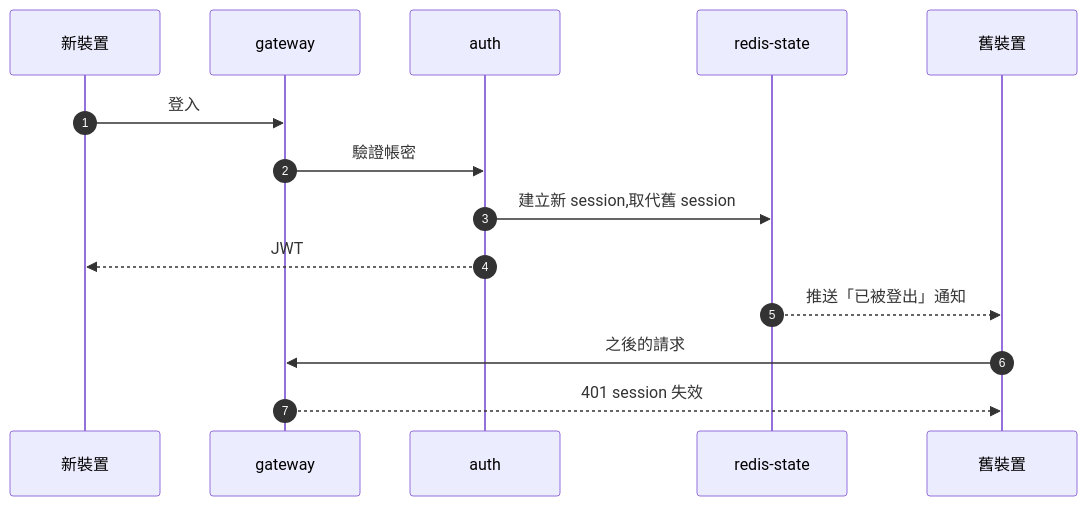
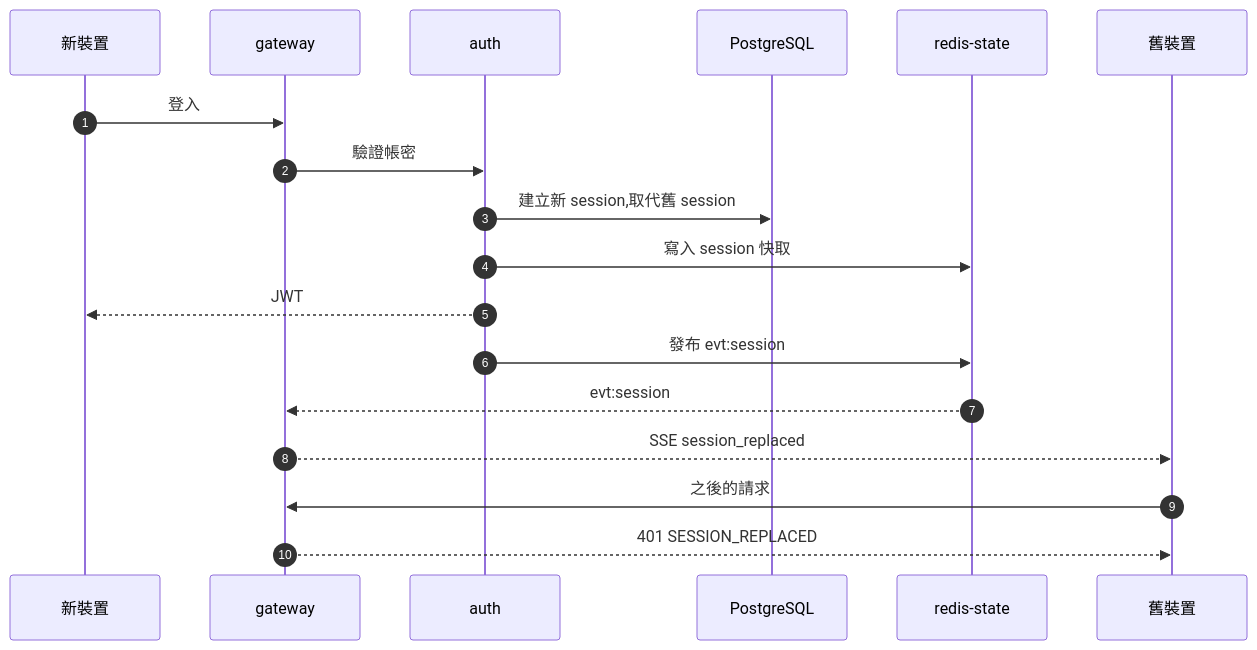
The third of 4 diagrams in docs/ARCHITECTURE-DIAGRAMS.md (MTsung/heph-ai-homework), drawn with Mermaid before and after one commit. The commit also changed other lines of this file and 2 other files, not shown here.

Commit message:
docs: 架構圖改用 Mermaid 並對照程式碼修正，註明 browser-agent 只支援 Gemini

````diff
--- a/docs/ARCHITECTURE-DIAGRAMS.md
+++ b/docs/ARCHITECTURE-DIAGRAMS.md
@@ -88,17 +92,21 @@
 ```mermaid
 sequenceDiagram
     autonumber
     participant N as 新裝置
     participant GW as gateway
     participant A as auth
+    participant DB as PostgreSQL
     participant R as redis-state
     participant O as 舊裝置
 
     N->>GW: 登入
     GW->>A: 驗證帳密
-    A->>R: 建立新 session,取代舊 session
+    A->>DB: 建立新 session,取代舊 session
+    A->>R: 寫入 session 快取
     A-->>N: JWT
-    R-->>O: 推送「已被登出」通知
+    A->>R: 發布 evt:session
+    R-->>GW: evt:session
+    GW-->>O: SSE session_replaced
     O->>GW: 之後的請求
-    GW-->>O: 401 session 失效
+    GW-->>O: 401 SESSION_REPLACED
 ```
````
